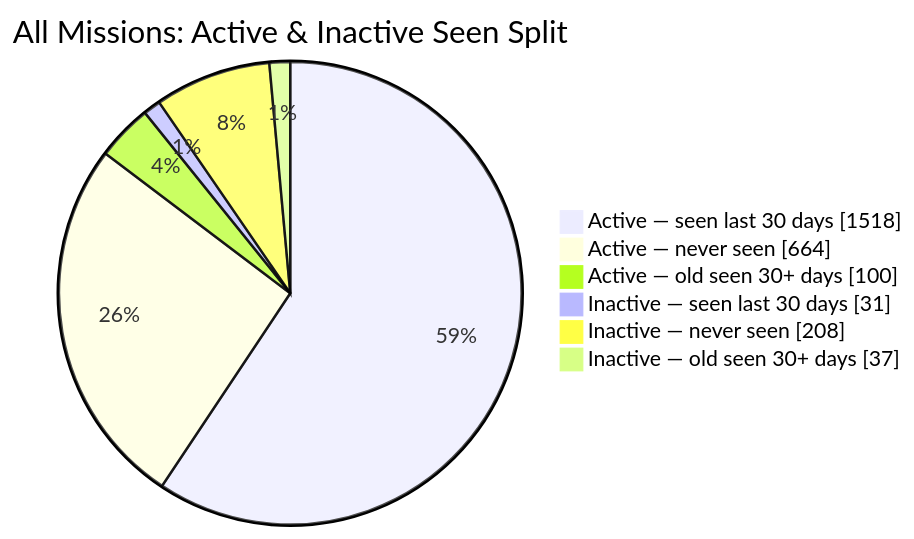
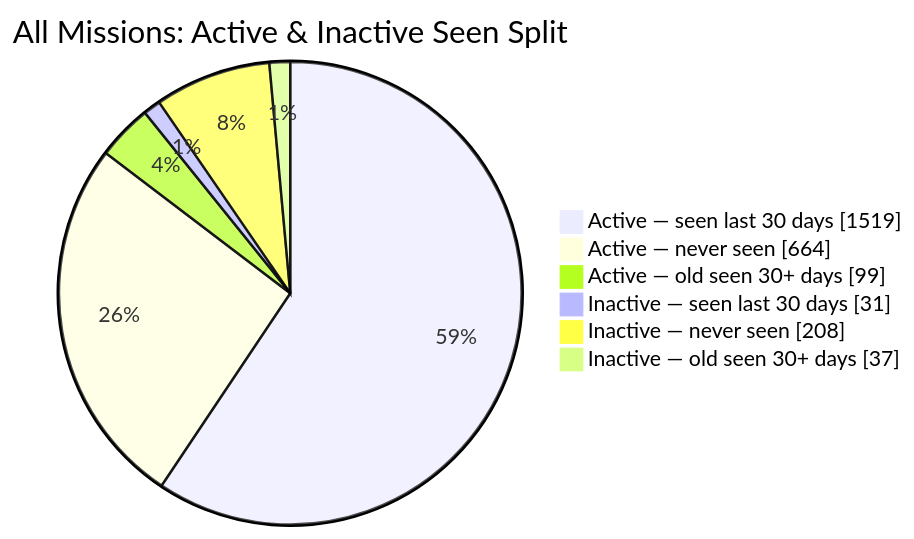
One commit to MeldkamerspelGameTeam/active-missions changed the second of 2 diagrams in README.md. Above: the diagram before and after it, drawn with Mermaid. The commit also changed other lines of this file and 2 other files, not shown here.

````diff
--- a/README.md
+++ b/README.md
@@ -44,10 +44,10 @@
 ```mermaid
 pie showData
     title All Missions: Active & Inactive Seen Split
-    "Active — seen last 30 days" : 1518
+    "Active — seen last 30 days" : 1519
     "Active — never seen" : 664
-    "Active — old seen 30+ days" : 100
+    "Active — old seen 30+ days" : 99
     "Inactive — seen last 30 days" : 31
     "Inactive — never seen" : 208
     "Inactive — old seen 30+ days" : 37
 ```
````
